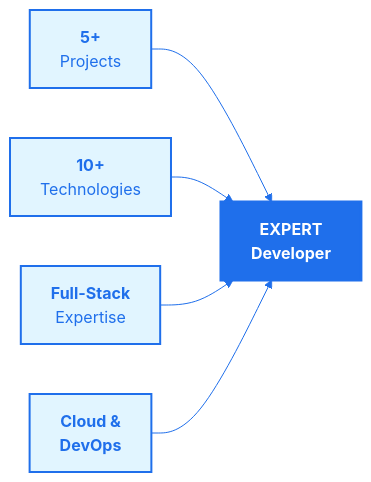
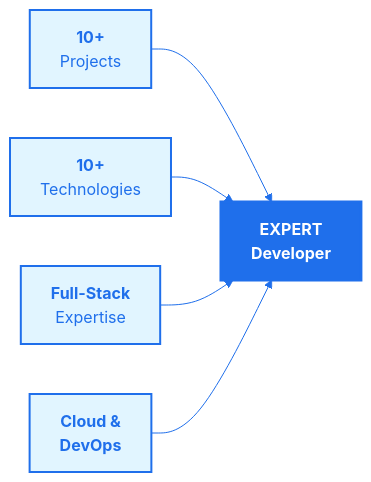
Before and after one commit to vikrantwiz02/vikrantwiz02: the first of 3 diagrams in README.md, drawn with Mermaid. The commit also changed other lines of this file, not shown here.

````diff
--- a/README.md
+++ b/README.md
@@ -83,14 +64,14 @@
 ```mermaid
 %%{init: {'flowchart': {'htmlLabels': true}, 'theme': 'base', 'themeVariables': { 'primaryColor':'#e1f5ff', 'primaryBorderColor':'#1f6feb', 'lineColor':'#1f6feb', 'tertiaryColor':'#1f6feb', 'tertiaryTextColor':'#fff', 'fontSize':'16px', 'fontFamily': 'Segoe UI'}}}%%
 graph LR
-    A["<b>5+</b><br/>Projects"] --> E["<b>EXPERT</b><br/><b>Developer</b>"]
+    A["<b>10+</b><br/>Projects"] --> E["<b>EXPERT</b><br/><b>Developer</b>"]
     B["<b>10+</b><br/>Technologies"] --> E
     C["<b>Full-Stack</b><br/>Expertise"] --> E
     D["<b>Cloud &</b><br/><b>DevOps</b>"] --> E
     
     style A fill:#e1f5ff,stroke:#1f6feb,stroke-width:2px,color:#1f6feb
     style B fill:#e1f5ff,stroke:#1f6feb,stroke-width:2px,color:#1f6feb
     style C fill:#e1f5ff,stroke:#1f6feb,stroke-width:2px,color:#1f6feb
     style D fill:#e1f5ff,stroke:#1f6feb,stroke-width:2px,color:#1f6feb
     style E fill:#1f6feb,stroke:#1f6feb,stroke-width:3px,color:#fff
 ```
````
